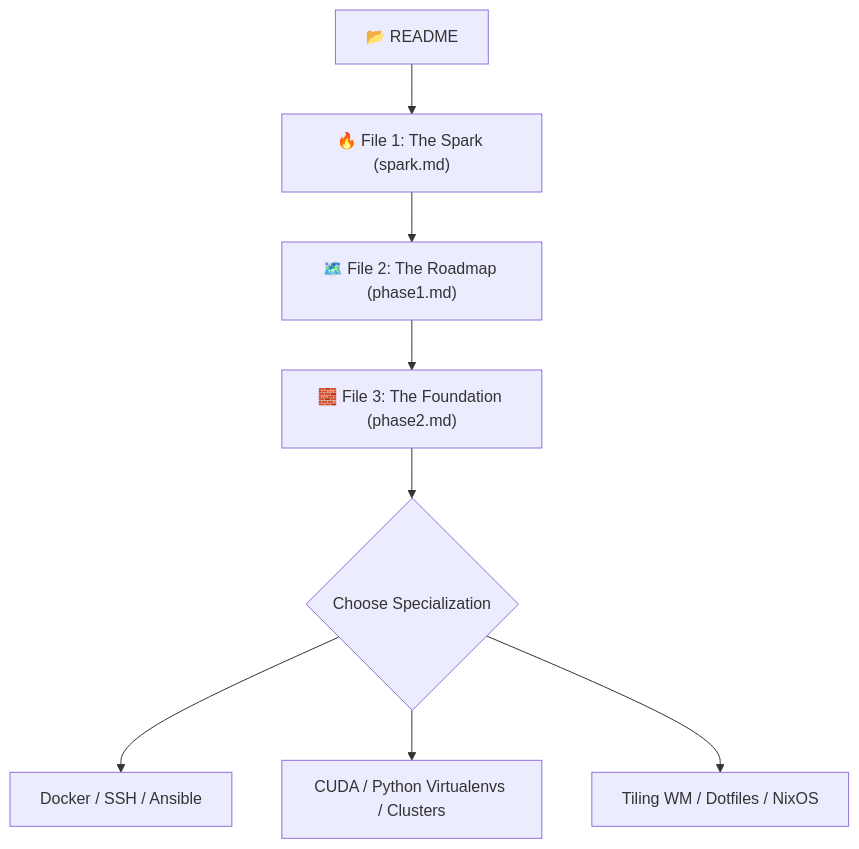
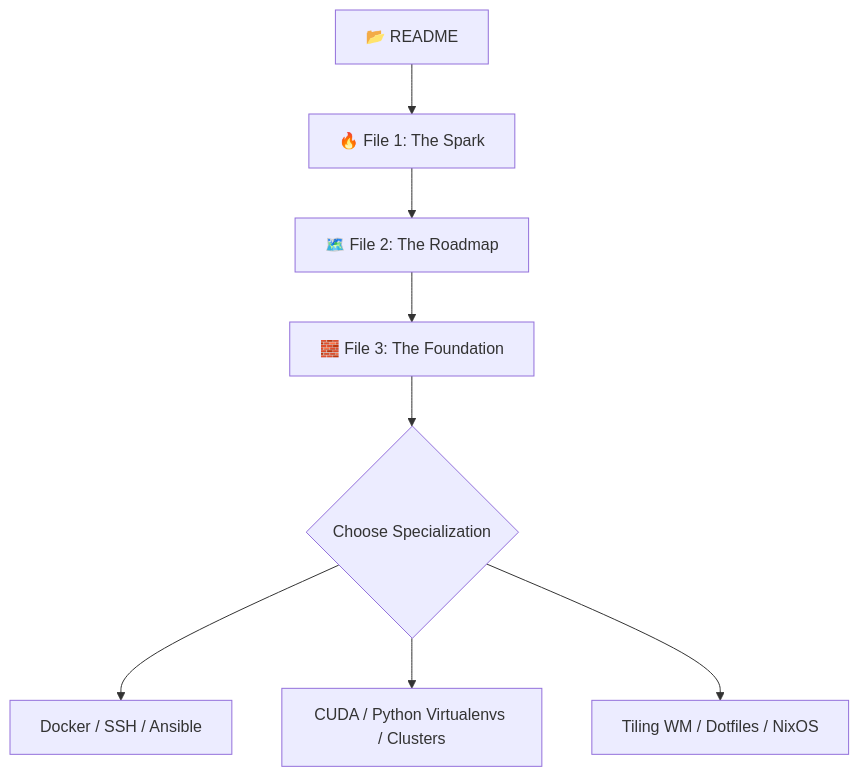
One commit to Harshajaya13/Foss-Club changed the second of 4 diagrams in README.md. Above: the diagram before and after it, drawn with Mermaid. The commit also changed other lines of this file and 5 other files, not shown here.

````diff
--- a/README.md
+++ b/README.md
@@ -75,11 +78,11 @@
 ```mermaid
 graph TD
-    Start["📂 README"] --> Spark["🔥 File 1: The Spark (spark.md)"]
-    Spark --> Roadmap["🗺️ File 2: The Roadmap (phase1.md)"]
-    Roadmap --> Foundation["🧱 File 3: The Foundation (phase2.md)"]
+    Start["📂 README"] --> Spark["🔥 File 1: The Spark"]
+    Spark --> Roadmap["🗺️ File 2: The Roadmap"]
+    Roadmap --> Foundation["🧱 File 3: The Foundation"]
     Foundation --> Specialize{Choose Specialization}
     
     Specialize --> DevOps["Docker / SSH / Ansible"]
     Specialize --> AI["CUDA / Python Virtualenvs / Clusters"]
     Specialize --> Custom["Tiling WM / Dotfiles / NixOS"]
 ```
````
